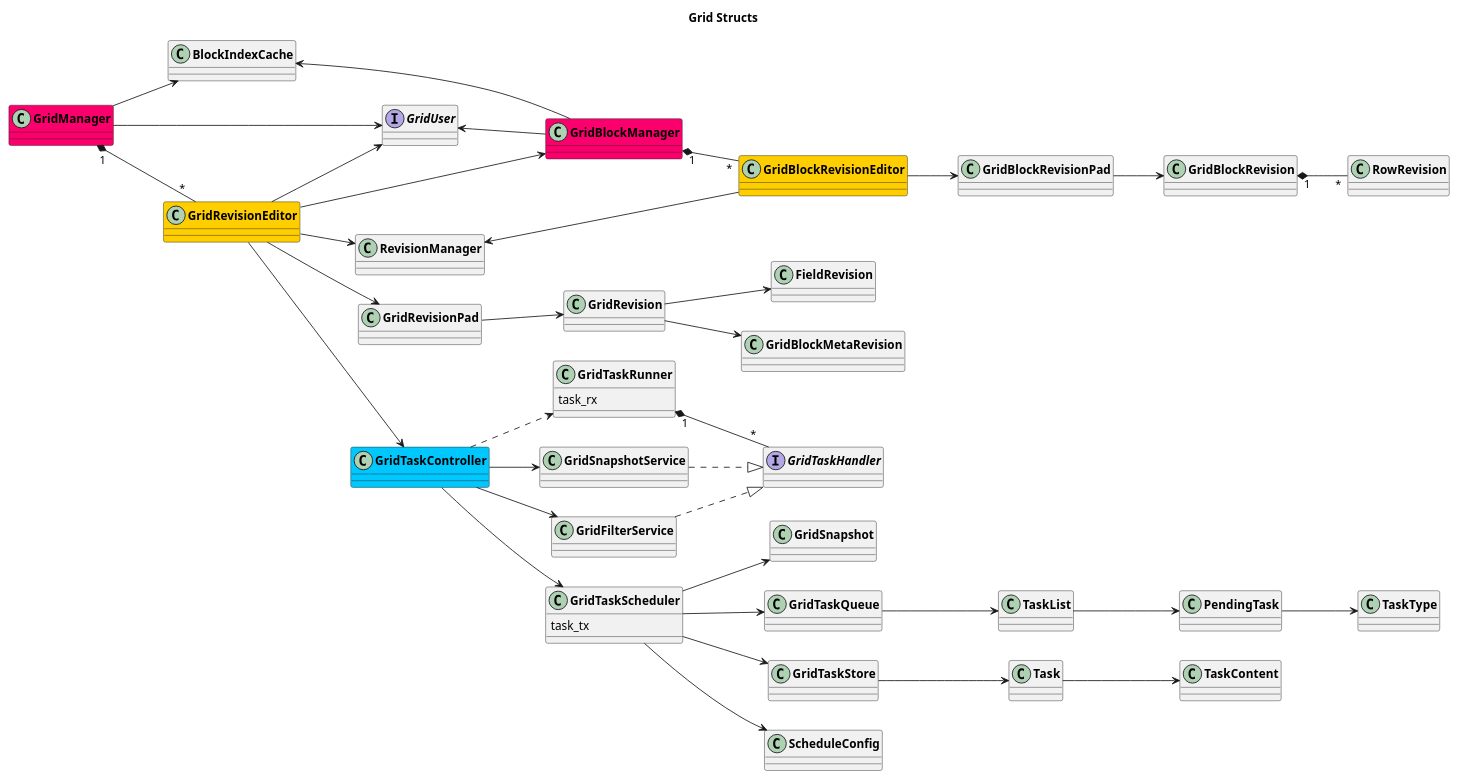
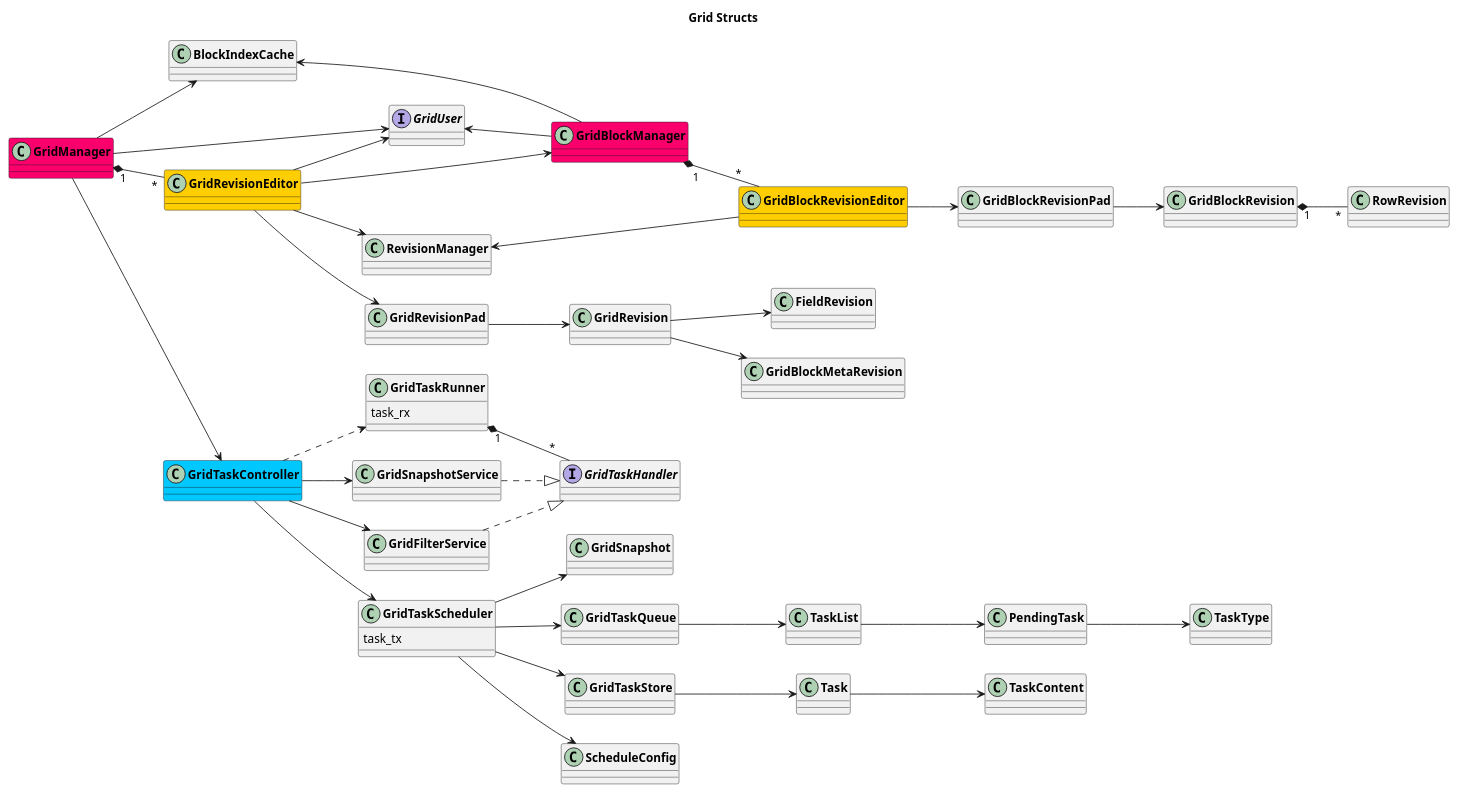
Before and after one commit to AppFlowy-IO/AppFlowy-Docs: the diagram in uml/dart_flowy_sdk/grid_classes.plantuml, drawn with PlantUML. The commit also changed 1 other file, not shown here.

Commit message:
chore: update grid class diagram

```diff
--- a/uml/dart_flowy_sdk/grid_classes.plantuml
+++ b/uml/dart_flowy_sdk/grid_classes.plantuml
@@ -1,68 +1,68 @@
 @startuml AppFlowy
 title Grid Structs
 skinparam classFontStyle Bold
 skinparam ActivityBackgroundColor Silver
 skinparam ActivityBorderColor DimGray
 
 left to right direction
 class GridManager #FB006D
 GridManager "1" *-- "*" GridRevisionEditor
 GridManager --> GridUser
 GridManager --> BlockIndexCache
+GridManager --> GridTaskController
 
 interface GridUser
 
 'GridRevisionEditor
 class GridRevisionEditor #FFCE00
 GridRevisionEditor --> GridUser
 GridRevisionEditor --> GridRevisionPad
 GridRevisionEditor --> RevisionManager
 GridRevisionEditor --> GridBlockManager
-GridRevisionEditor --> GridTaskController
 GridRevisionPad --> GridRevision
 GridRevision --> FieldRevision
 GridRevision --> GridBlockMetaRevision
 
 'GridBlockManager
 class GridBlockManager #FB006D
 GridBlockManager -u-> GridUser
 GridBlockManager -u-> BlockIndexCache
 GridBlockManager "1" *-- "*" GridBlockRevisionEditor
 
 
 'GridBlockRevisionEditor
 class GridBlockRevisionEditor #FFCE00
 GridBlockRevisionEditor --> GridBlockRevisionPad
 GridBlockRevisionEditor -u-> RevisionManager
 GridBlockRevisionPad --> GridBlockRevision
 GridBlockRevision "1" *-- "*" RowRevision
 
 'GridTaskController
 interface GridTaskHandler
 class GridTaskController #00C8FF
 class GridTaskRunner {
     task_rx
 }
 class GridTaskScheduler {
     task_tx
 }
 GridTaskController --> GridSnapshotService
 GridTaskController --> GridFilterService
 GridTaskController --> GridTaskScheduler
 GridTaskController ..> GridTaskRunner
 
 GridTaskScheduler --> GridSnapshot
 GridTaskScheduler --> GridTaskQueue
 GridTaskScheduler --> GridTaskStore
 GridTaskScheduler --> ScheduleConfig
 GridTaskRunner "1" *--"*" GridTaskHandler
 GridSnapshotService ..|> GridTaskHandler
 GridFilterService ..|> GridTaskHandler
 
 GridTaskQueue --> TaskList
 TaskList --> PendingTask
 PendingTask --> TaskType
 
 GridTaskStore --> Task
 Task --> TaskContent
 @enduml
```
